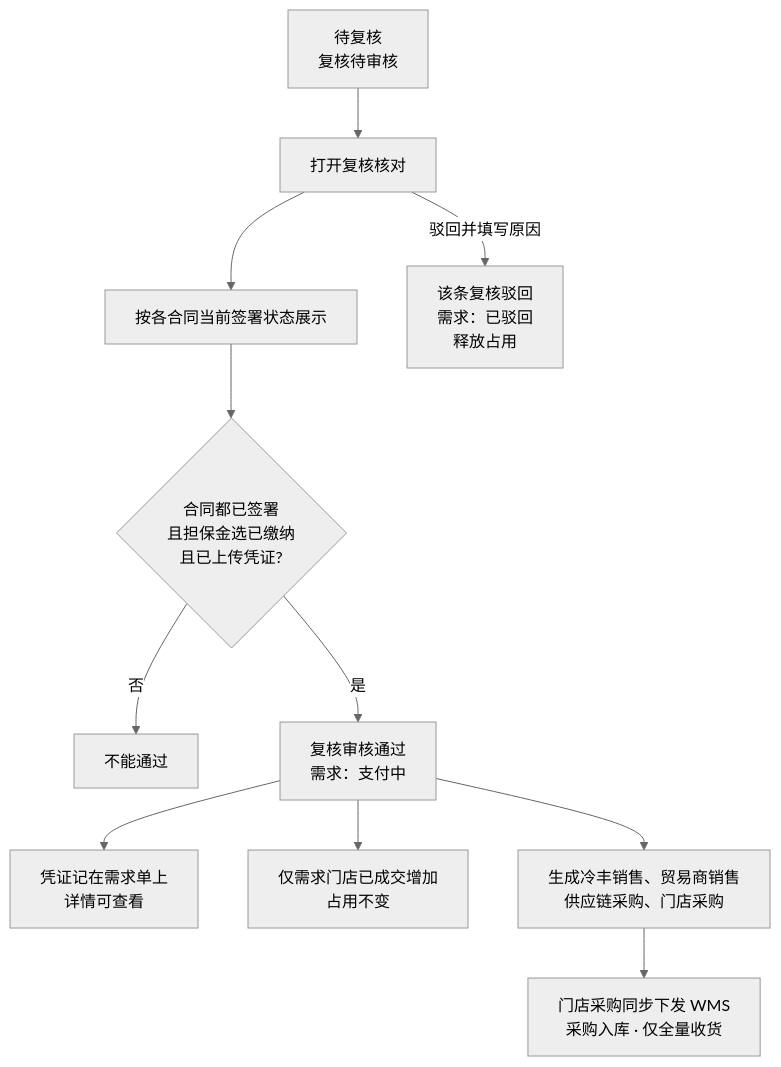
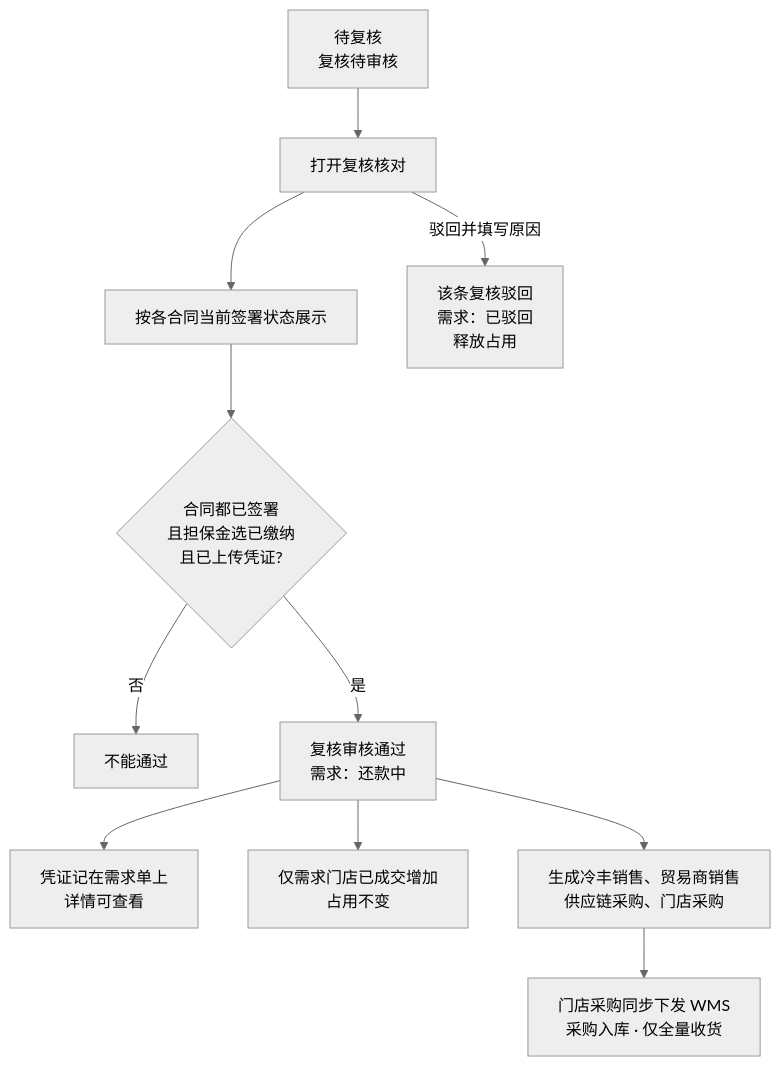
The seventh of 7 diagrams in RBT/docs/1-整体业务流程图.md (342-droid/LFerp), drawn with Mermaid (neutral theme) before and after one commit. The commit also changed other lines of this file and 24 other files, not shown here.

````diff
--- a/RBT/docs/1-整体业务流程图.md
+++ b/RBT/docs/1-整体业务流程图.md
@@ -178,13 +181,13 @@
 ```mermaid
 flowchart TB
   V0[待复核<br/>复核待审核] --> V1[打开复核核对]
   V1 --> V2[按各合同当前签署状态展示]
   V2 --> V3{合同都已签署<br/>且担保金选已缴纳<br/>且已上传凭证?}
   V3 -->|否| V4[不能通过]
-  V3 -->|是| V5[复核审核通过<br/>需求：支付中]
+  V3 -->|是| V5[复核审核通过<br/>需求：还款中]
   V5 --> V6[凭证记在需求单上<br/>详情可查看]
   V5 --> V7[仅需求门店已成交增加<br/>占用不变]
   V5 --> V9[生成冷丰销售、贸易商销售<br/>供应链采购、门店采购]
   V9 --> V10[门店采购同步下发 WMS<br/>采购入库 · 仅全量收货]
   V1 -->|驳回并填写原因| V8[该条复核驳回<br/>需求：已驳回<br/>释放占用]
 ```
````
